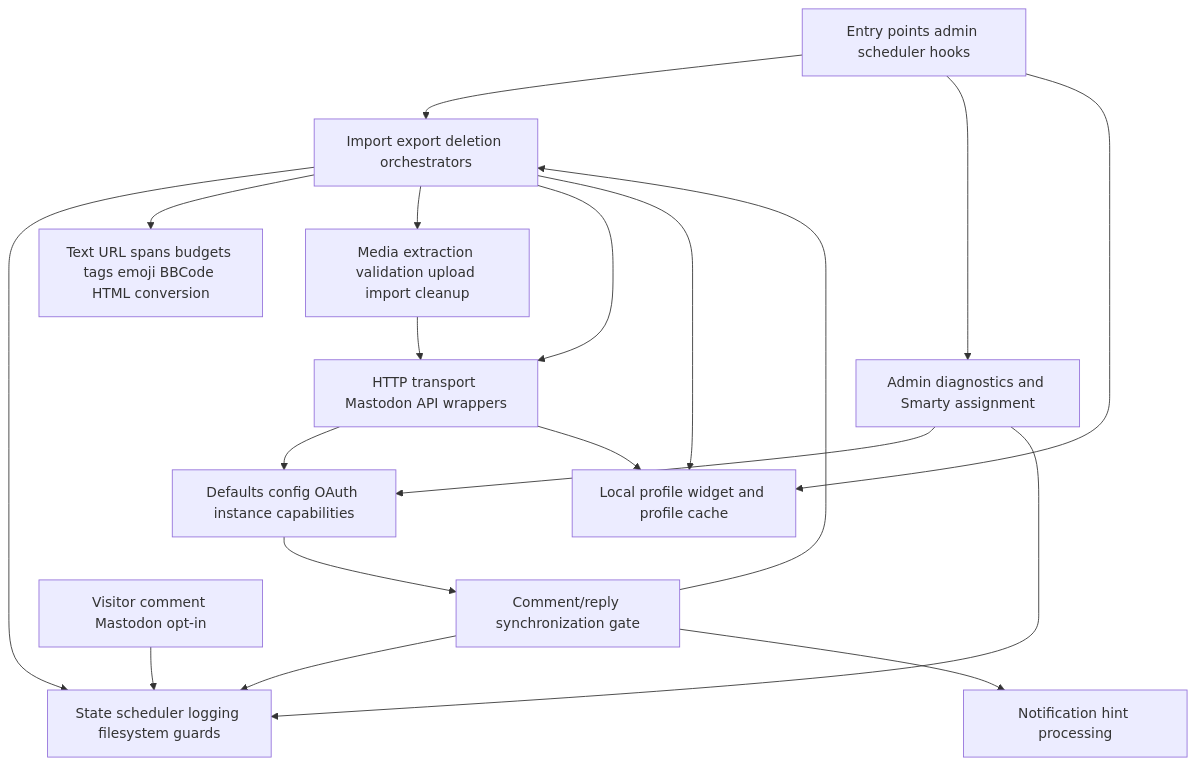
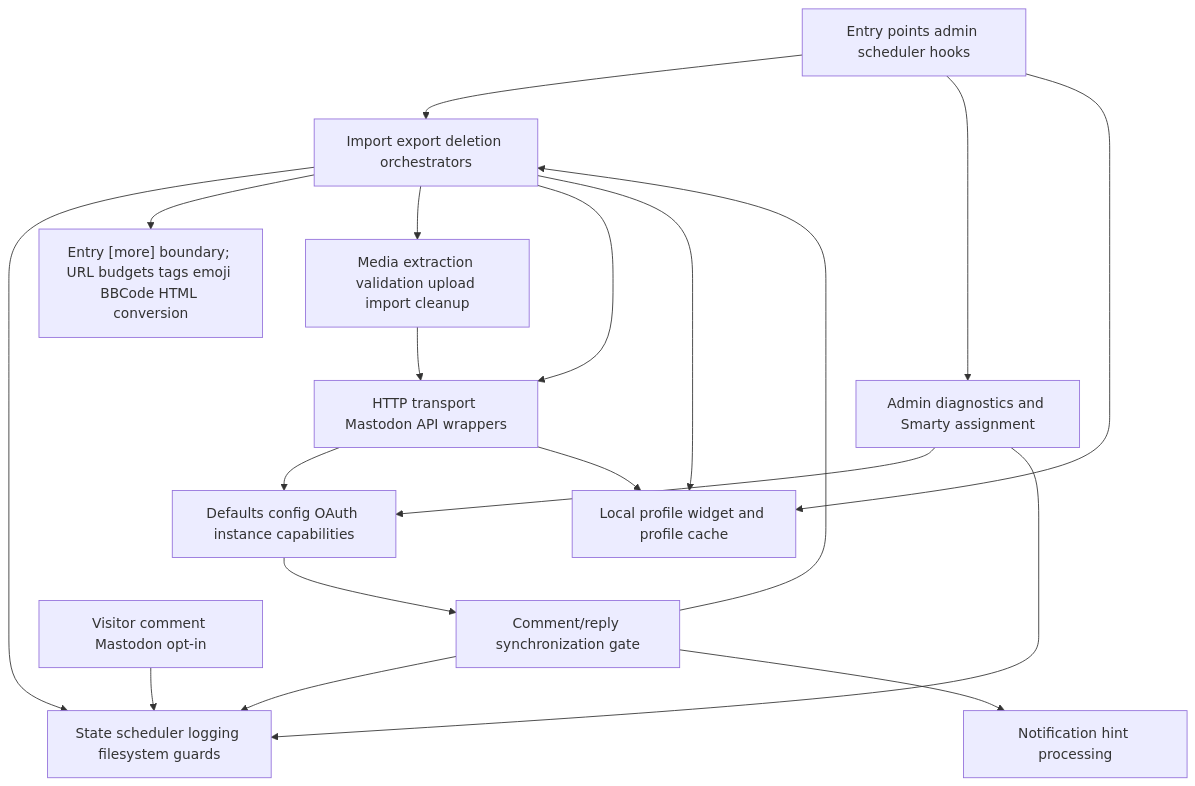
The diagram in fp-plugins/mastodon/developer-docs/03-Function-Process-Matrix.md (flatpressblog/flatpress), drawn with Mermaid before and after one commit. The commit also changed other lines of this file and 11 other files, not shown here.

````diff
--- a/fp-plugins/mastodon/developer-docs/03-Function-Process-Matrix.md
+++ b/fp-plugins/mastodon/developer-docs/03-Function-Process-Matrix.md
@@ -49,34 +49,34 @@
 ```mermaid
 flowchart TD
     EntryPoints[Entry points admin scheduler hooks]
     Config[Defaults config OAuth instance capabilities]
     CommentReplyGate[Comment/reply synchronization gate]
     CommentOptin[Visitor comment Mastodon opt-in]
     State[State scheduler logging filesystem guards]
-    Text[Text URL spans budgets tags emoji BBCode HTML conversion]
+    Text["Entry [more] boundary; URL budgets tags emoji BBCode HTML conversion"]
     Media[Media extraction validation upload import cleanup]
     API[HTTP transport Mastodon API wrappers]
     Sync[Import export deletion orchestrators]
     Notifications[Notification hint processing]
     Admin[Admin diagnostics and Smarty assignment]
     Widget[Local profile widget and profile cache]
 
     EntryPoints --> Sync
     Config --> CommentReplyGate
     CommentReplyGate --> Sync
     CommentReplyGate --> State
     CommentOptin --> State
     CommentReplyGate --> Notifications
     EntryPoints --> Admin
     EntryPoints --> Widget
     Sync --> State
     Sync --> Text
     Sync --> Media
     Sync --> API
     Sync --> Widget
     Admin --> Config
     Admin --> State
     API --> Config
     API --> Widget
     Media --> API
 ```
````
